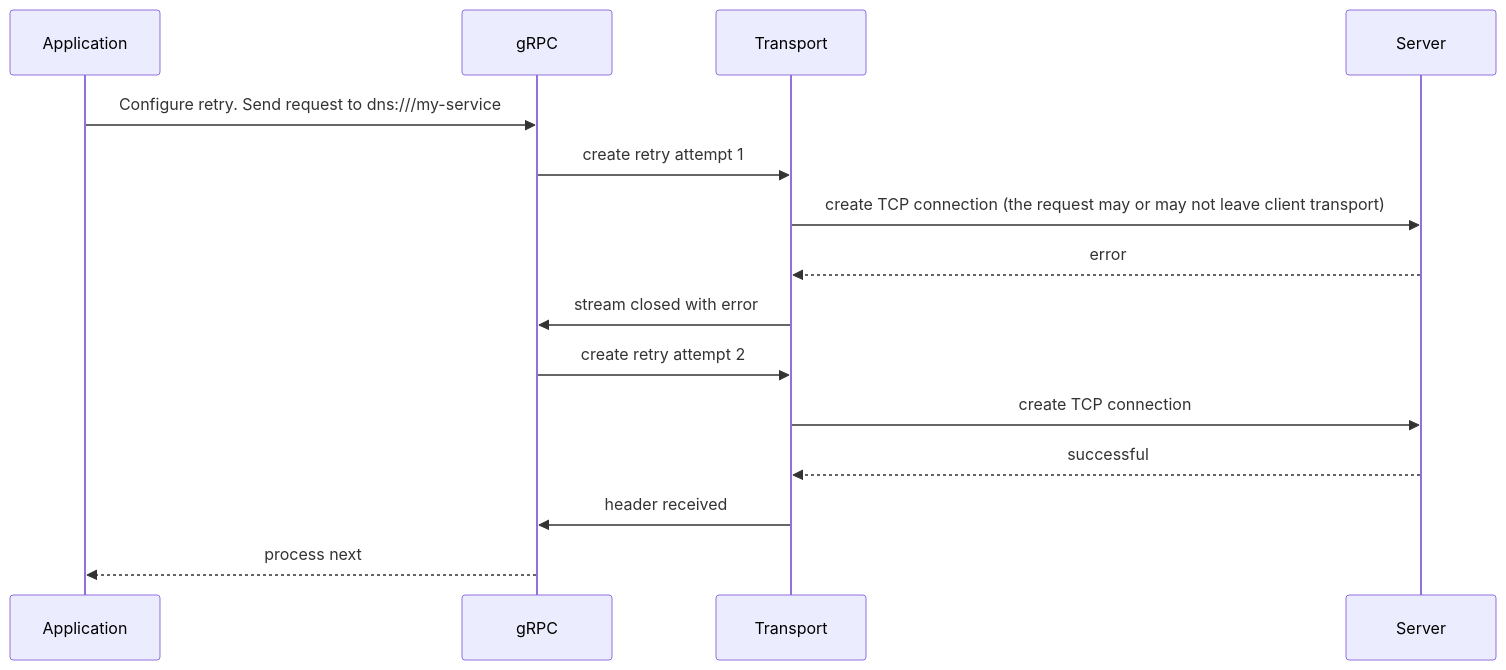
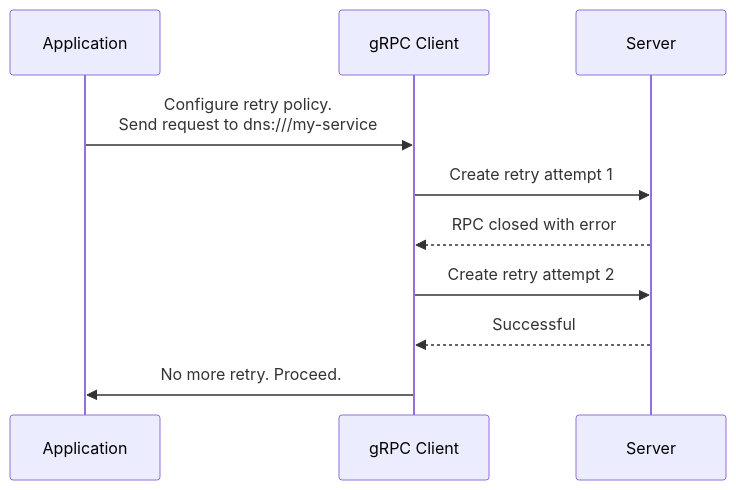
The diagram in content/en/docs/guides/retry.md (grpc/grpc.io), drawn with Mermaid before and after one commit. The commit also changed other lines of this file, not shown here.

````diff
--- a/content/en/docs/guides/retry.md
+++ b/content/en/docs/guides/retry.md
@@ -28,13 +27,9 @@
 ```mermaid
 sequenceDiagram
-  Application ->> gRPC: Configure retry. Send request to dns:///my-service
-  gRPC ->> Transport: create retry attempt 1 
-  Transport ->> Server: create TCP connection (the request may or may not leave client transport)
-  Server -->> Transport: error 
-  Transport ->> gRPC: stream closed with error
-  gRPC ->> Transport: create retry attempt 2 
-  Transport ->> Server: create TCP connection 
-  Server -->> Transport: successful 
-  Transport ->> gRPC: header received 
-  gRPC -->> Application: process next 
+  Application ->> gRPC Client: Configure retry policy. <br> Send request to dns:///my-service
+  gRPC Client ->> Server: Create retry attempt 1 
+  Server -->> gRPC Client : RPC closed with error 
+  gRPC Client ->> Server: Create retry attempt 2 
+  Server -->> gRPC Client: Successful 
+  gRPC Client ->> Application: No more retry. Proceed.
 ```
````
